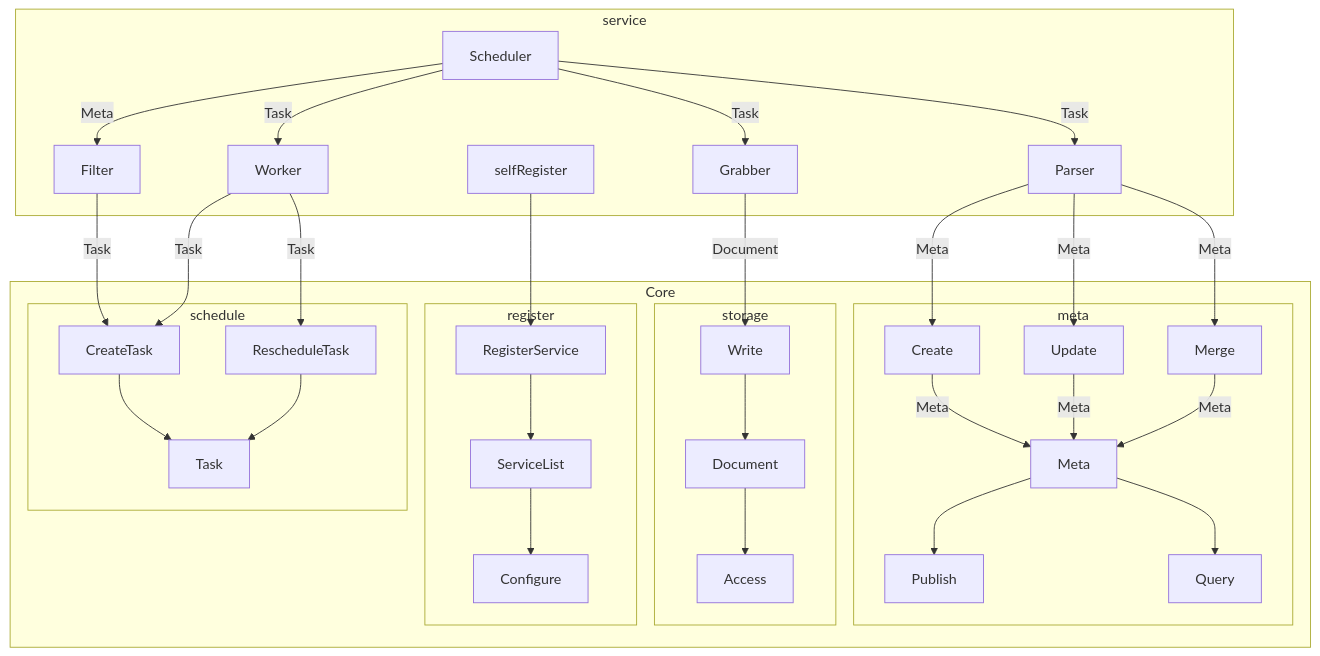
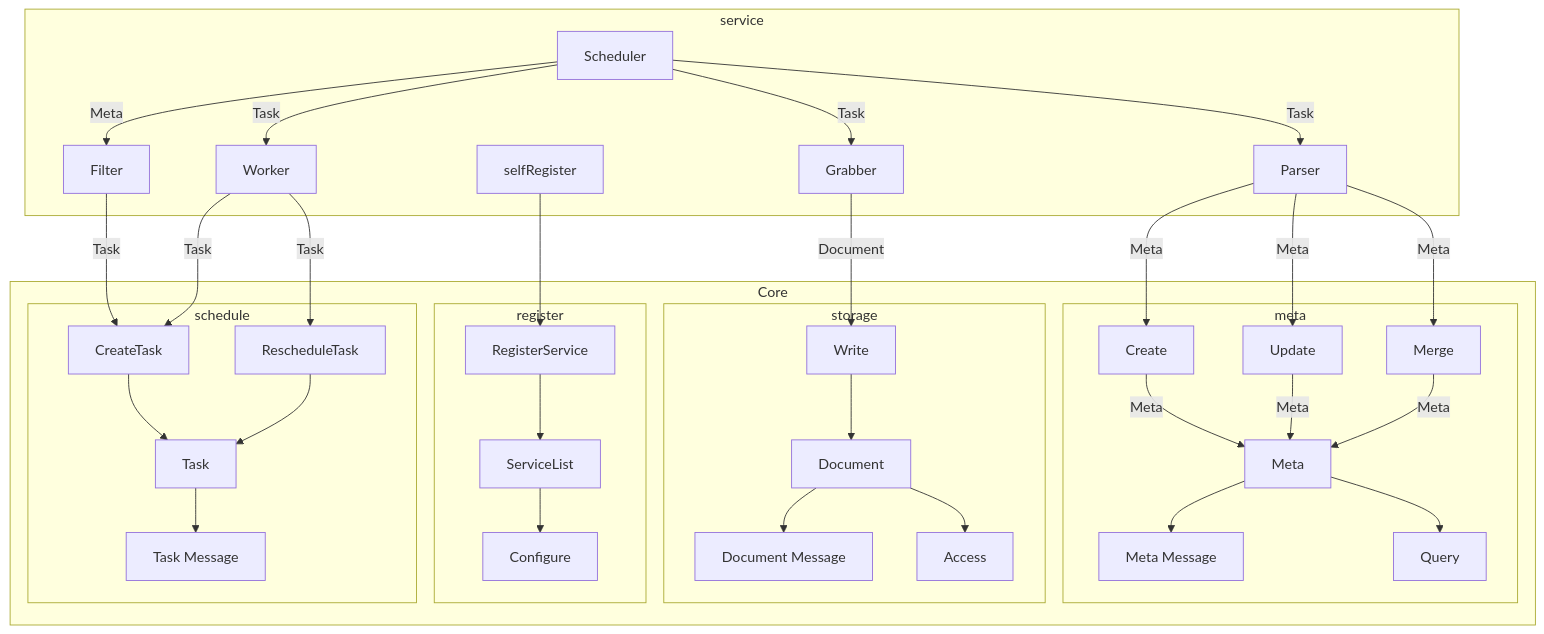
One commit to Sciuromorpha/Documents changed the second of 2 diagrams in Design/System Design.v2.md. Above: the diagram before and after it, drawn with Mermaid.

Commit message:
Add Message in Data Flow.

````diff
--- a/Design/System Design.v2.md
+++ b/Design/System Design.v2.md
@@ -35,35 +35,35 @@
 ```mermaid
 graph TD
   subgraph Core
     subgraph meta
-        Create--Meta-->Meta-->Publish
+        Create--Meta-->Meta-->MetaMessage[Meta Message]
         Update--Meta-->Meta
         Merge--Meta-->Meta
         Meta-->Query
     end
     subgraph storage
-        Write-->Document
+        Write-->Document-->DocumentMessage[Document Message]
         Document-->Access
     end
     subgraph register
         RegisterService-->ServiceList-->Configure
     end
     subgraph schedule
-        CreateTask-->Task
+        CreateTask-->Task-->TaskMessage[Task Message]
         RescheduleTask-->Task
     end
   end
   subgraph service
     selfRegister-->RegisterService
     Scheduler--Meta-->Filter--Task-->CreateTask
     Scheduler--Task-->Grabber
     Scheduler--Task-->Parser
     Scheduler--Task-->Worker
     Parser--Meta-->Create
     Parser--Meta-->Update
     Parser--Meta-->Merge
     Worker--Task-->CreateTask
     Worker--Task-->RescheduleTask
     Grabber--Document-->Write
   end
 ```
````
